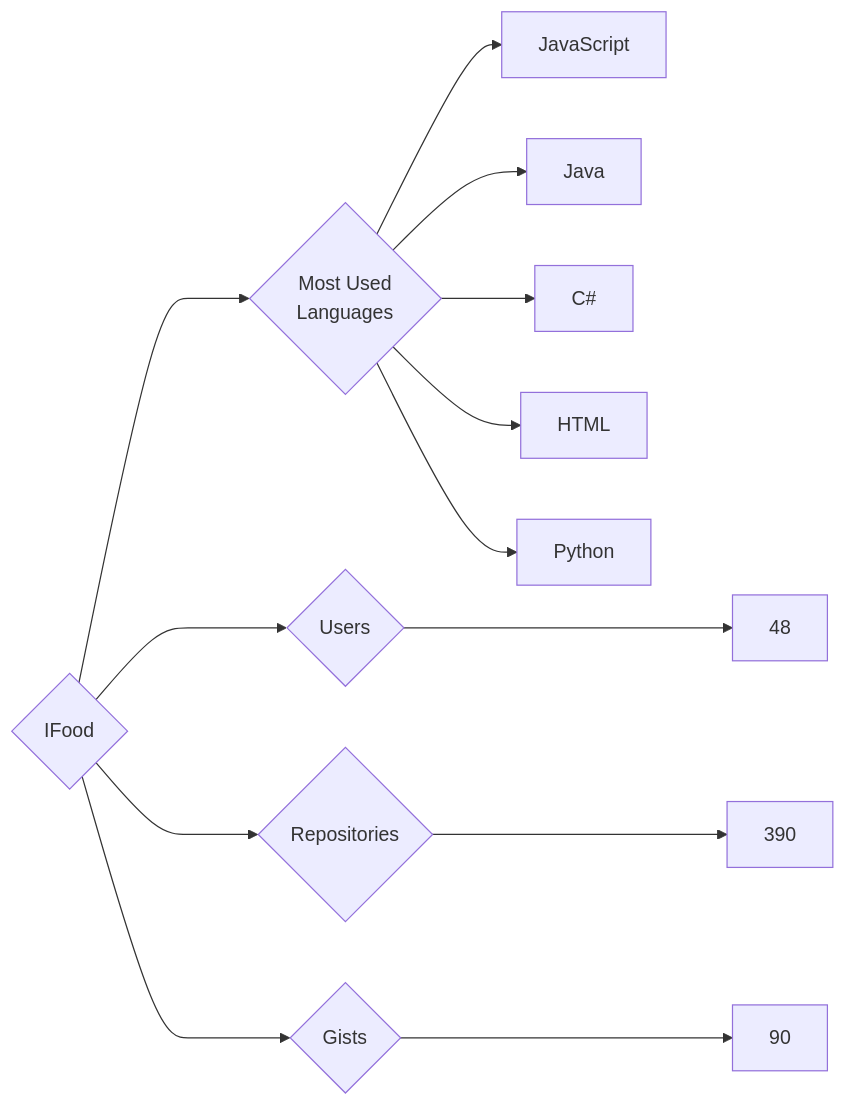
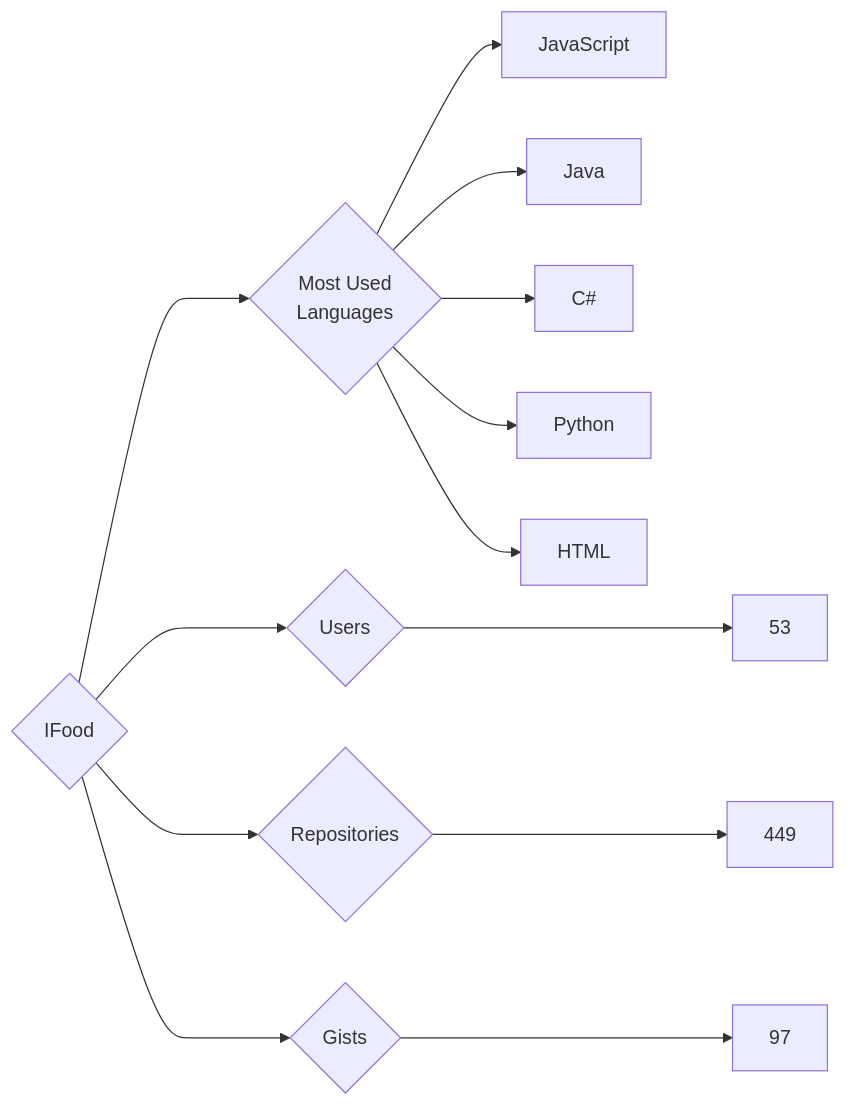
Before and after one commit to trickest/insiders: the diagram in targets/IFood/README.md, drawn with Mermaid. The commit also changed 773 other files, not shown here.

````diff
--- a/targets/IFood/README.md
+++ b/targets/IFood/README.md
@@ -3,13 +3,13 @@
 ```mermaid
 graph LR
 COMPANY_NAME{IFood}
-COMPANY_NAME ---> U{Users} ---> UN[48]
-COMPANY_NAME ---> R{Repositories} ---> RN[390]
-COMPANY_NAME ---> G{Gists} ---> GN[90]
+COMPANY_NAME ---> U{Users} ---> UN[53]
+COMPANY_NAME ---> R{Repositories} ---> RN[449]
+COMPANY_NAME ---> G{Gists} ---> GN[97]
 COMPANY_NAME ---> ML{Most Used<br>Languages}
 ML --> JavaScript[JavaScript]
 ML --> Java[Java]
 ML --> C#[C#]
+ML --> Python[Python]
 ML --> HTML[HTML]
-ML --> Python[Python]
 ```
````
